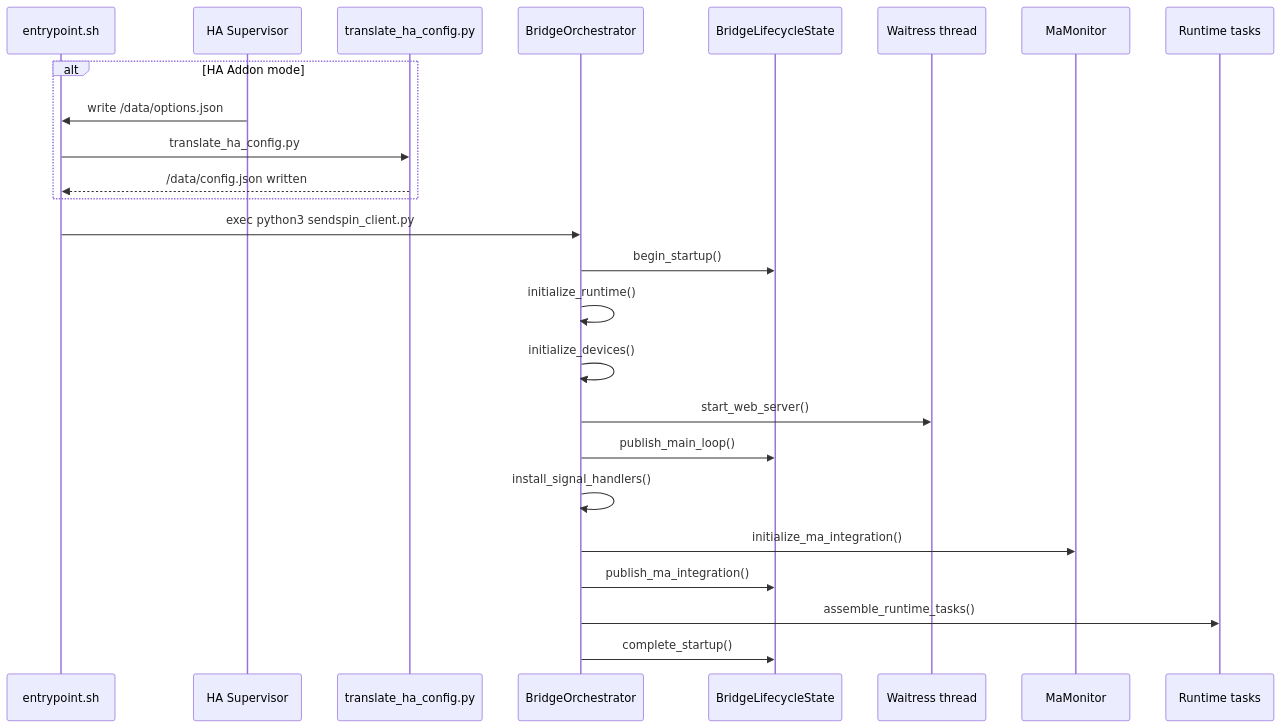
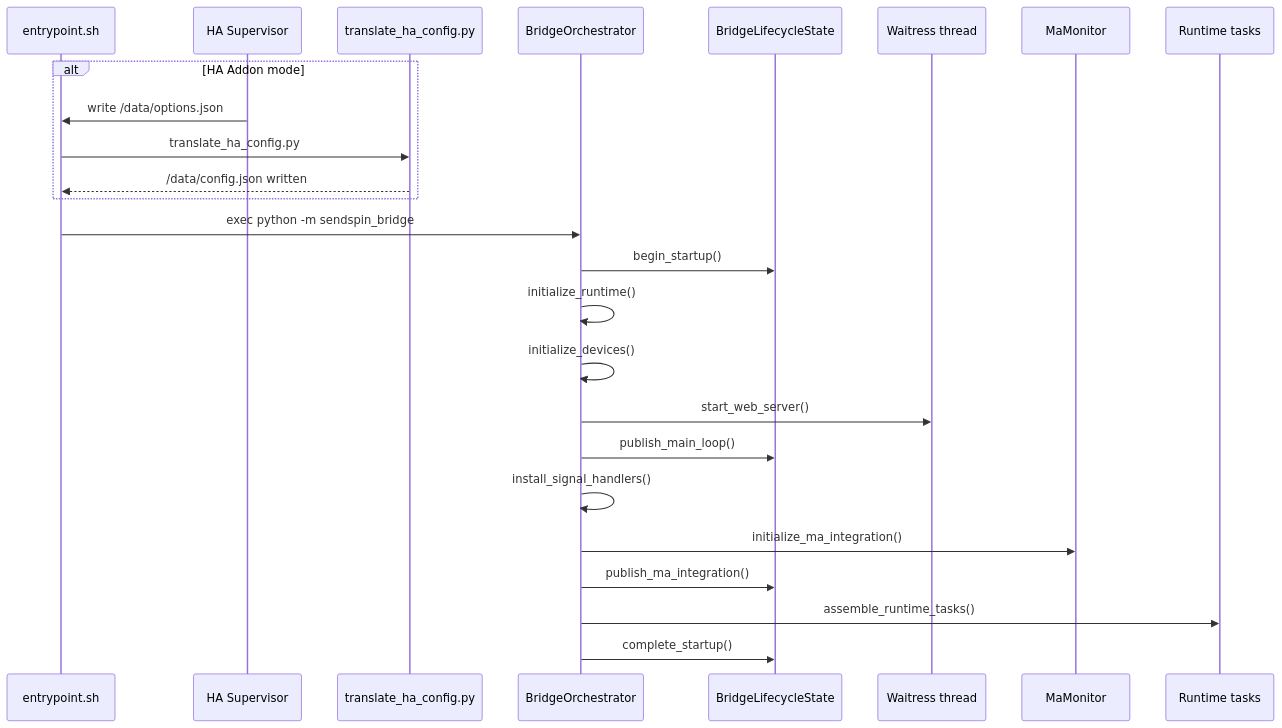
Before and after one commit to trudenboy/sendspin-bt-bridge: diagram 16 of 28 in docs-site/src/content/docs/architecture.md, drawn with Mermaid. The commit also changed other lines of this file and 78 other files, not shown here.

````diff
--- a/docs-site/src/content/docs/architecture.md
+++ b/docs-site/src/content/docs/architecture.md
@@ -738,29 +739,29 @@
 ```mermaid
 sequenceDiagram
     participant SH as entrypoint.sh
     participant HA as HA Supervisor
     participant TR as translate_ha_config.py
     participant BO as BridgeOrchestrator
     participant LS as BridgeLifecycleState
     participant WS as Waitress thread
     participant MM as MaMonitor
     participant RT as Runtime tasks
 
     alt HA Addon mode
         HA->>SH: write /data/options.json
         SH->>TR: translate_ha_config.py
         TR-->>SH: /data/config.json written
     end
 
-    SH->>BO: exec python3 sendspin_client.py
+    SH->>BO: exec python -m sendspin_bridge
     BO->>LS: begin_startup()
     BO->>BO: initialize_runtime()
     BO->>BO: initialize_devices()
     BO->>WS: start_web_server()
     BO->>LS: publish_main_loop()
     BO->>BO: install_signal_handlers()
     BO->>MM: initialize_ma_integration()
     BO->>LS: publish_ma_integration()
     BO->>RT: assemble_runtime_tasks()
     BO->>LS: complete_startup()
 ```
````
